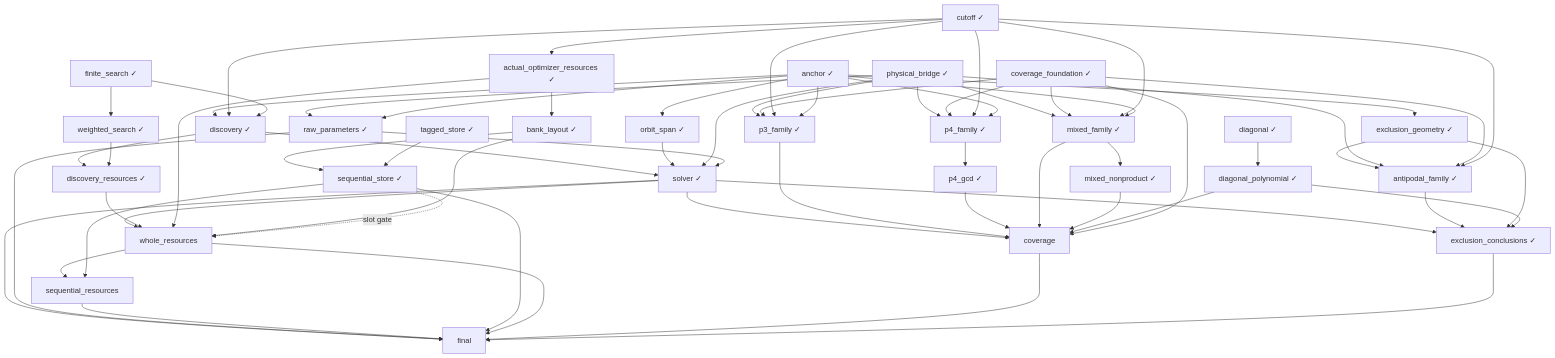
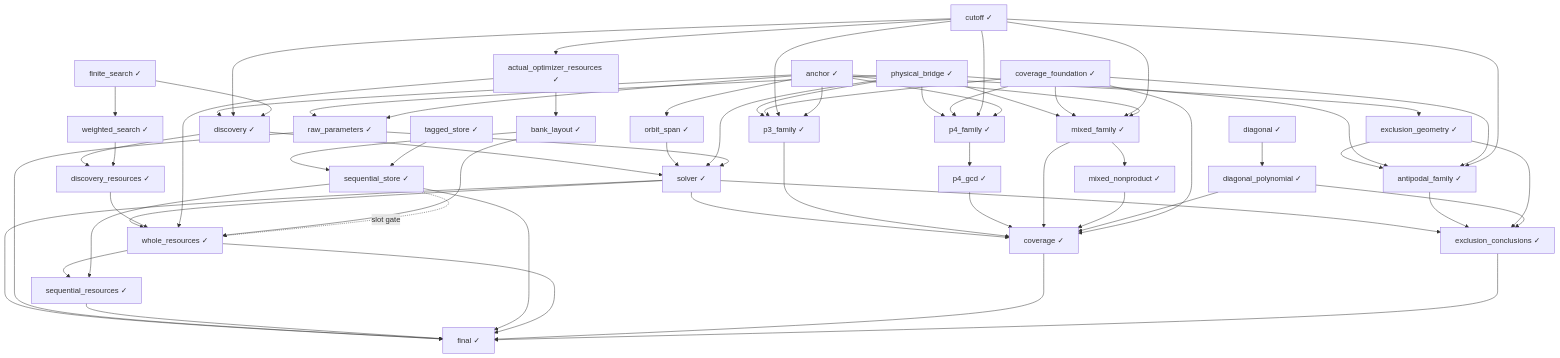
One commit to humanfia/science-mango changed the diagram in pipelines/quantum_formalize/examples/m8/GRAPH.md. Above: the diagram before and after it, drawn with Mermaid. The commit also changed other lines of this file and 1045 other files, not shown here.

```diff
--- a/pipelines/quantum_formalize/examples/m8/GRAPH.md
+++ b/pipelines/quantum_formalize/examples/m8/GRAPH.md
@@ -17,10 +17,10 @@
   orbit_span --> solver
   physical_bridge --> solver
   raw_parameters --> solver
-  sequential_resources["sequential_resources"]
+  sequential_resources["sequential_resources ✓"]
   whole_resources --> sequential_resources
   sequential_store --> sequential_resources
-  coverage["coverage"]
+  coverage["coverage ✓"]
   solver --> coverage
   p3_family --> coverage
   p4_gcd --> coverage
@@ -78,13 +78,13 @@
   cutoff --> antipodal_family
   bank_layout["bank_layout ✓"]
   actual_optimizer_resources --> bank_layout
-  whole_resources["whole_resources"]
+  whole_resources["whole_resources ✓"]
   solver --> whole_resources
   discovery_resources --> whole_resources
   actual_optimizer_resources --> whole_resources
   bank_layout --> whole_resources
   sequential_store -. slot gate .-> whole_resources
-  final["final"]
+  final["final ✓"]
   solver --> final
   raw_parameters --> final
   sequential_resources --> final
```
